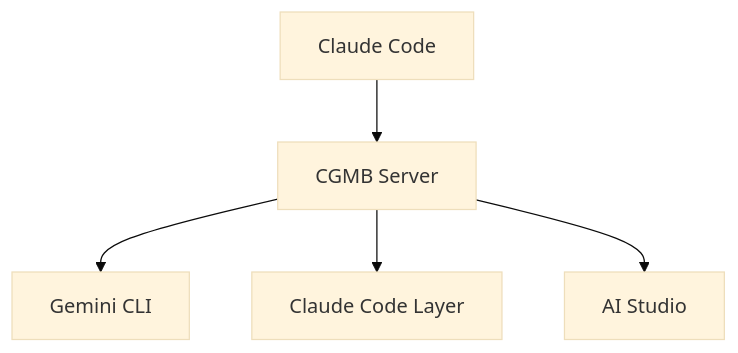
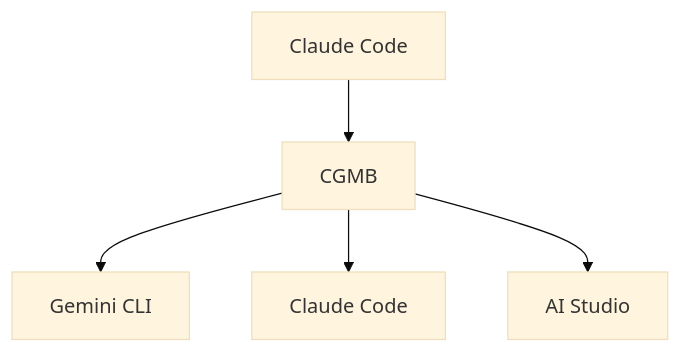
One commit to goodaymmm/claude-gemini-multimodal-bridge changed the diagram in README.md. Above: the diagram before and after it, drawn with Mermaid (base theme).

Commit message:
🎨 style: Simplify architecture node names
- CGMB Server → CGMB (shorter, cleaner)
- Claude Code Layer → Claude Code (consistent naming)
- Remove redundant "Server" and "Layer" suffixes
- Achieve minimal, elegant node labels

🤖 Generated with [Claude Code](https://claude.ai/code)

````diff
--- a/README.md
+++ b/README.md
@@ -36,8 +36,8 @@
 ```mermaid
 flowchart TD
-    A[Claude Code] --> B[CGMB Server]
+    A[Claude Code] --> B[CGMB]
     
     B --> C[Gemini CLI]
-    B --> D[Claude Code Layer]
+    B --> D[Claude Code]
     B --> E[AI Studio]
 ```
````
